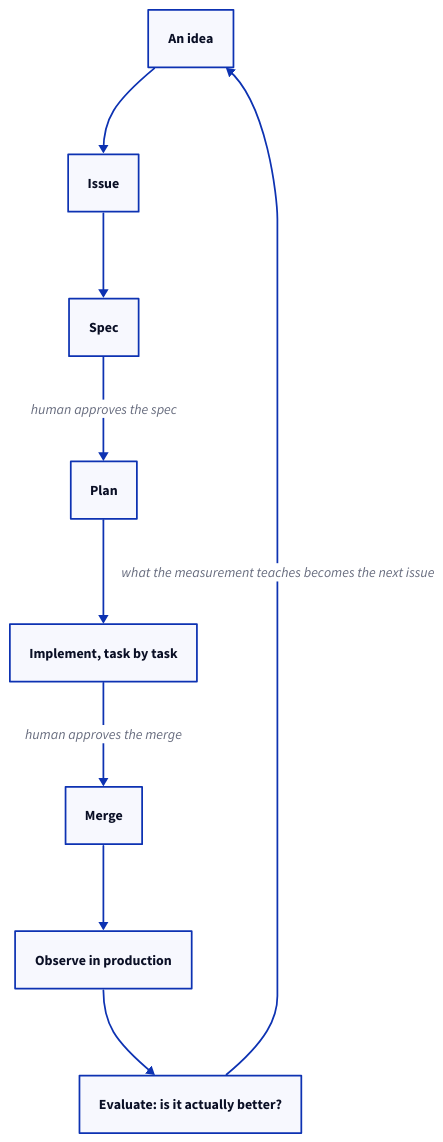
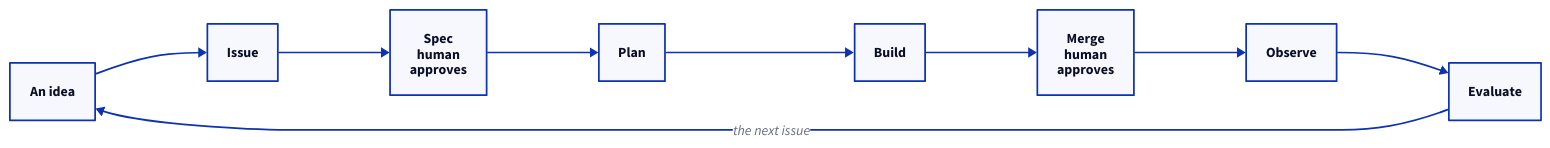
Before and after one commit to mesagroup/ai-agent-development-handbook: the diagram in docs/engineering/README.md, drawn with D2. The commit also changed 4 other files, not shown here.

````diff
--- a/docs/engineering/README.md
+++ b/docs/engineering/README.md
@@ -23,18 +23,13 @@
 ```d2 title="The story of a change"
+direction: right
 idea: An idea
 issue: Issue
-spec: Spec
+spec: "Spec\nhuman\napproves"
 plan: Plan
-build: Implement, task by task
-merge: Merge
-run: Observe in production
-decide: "Evaluate: is it actually better?"
-idea -> issue
-issue -> spec
-spec -> plan: human approves the spec
-plan -> build
-build -> merge: human approves the merge
-merge -> run
-run -> decide
-decide -> idea: what the measurement teaches becomes the next issue
+build: Build
+merge: "Merge\nhuman\napproves"
+run: Observe
+decide: Evaluate
+idea -> issue -> spec -> plan -> build -> merge -> run -> decide
+decide -> idea: the next issue
 ```
````
